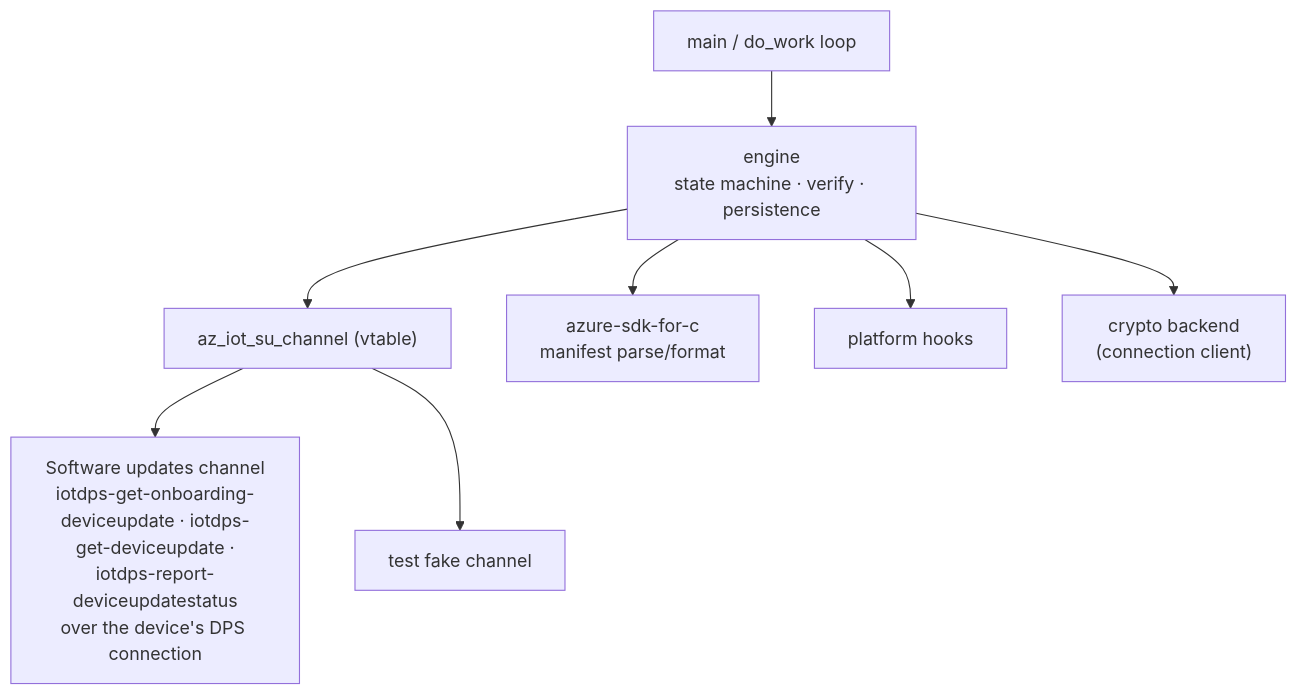
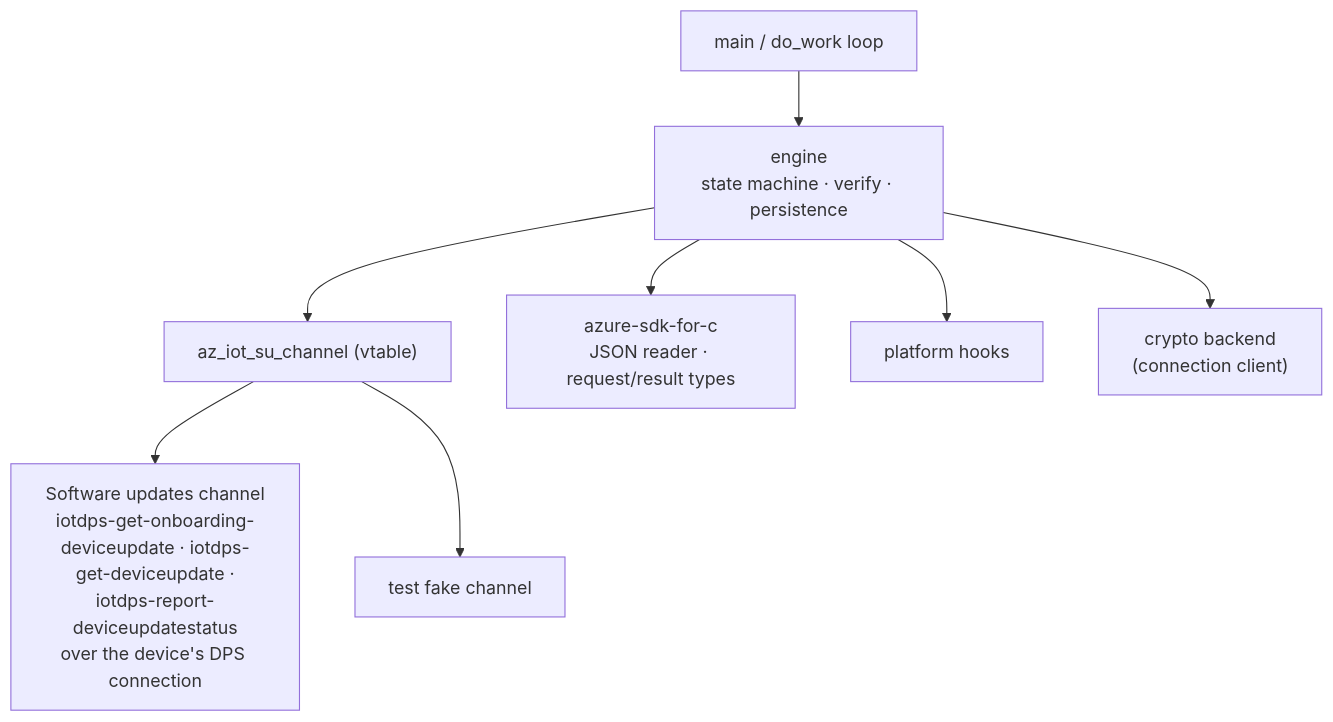
One commit to Azure/azure-iot-sdk changed the second of 7 diagrams in c/docs/eng/software-updates.md. Above: the diagram before and after it, drawn with Mermaid. The commit also changed other lines of this file and 13 other files, not shown here.

First line of the commit message:
[C] Software updates: parse the update manifest in the SDK (#634)

````diff
--- a/c/docs/eng/software-updates.md
+++ b/c/docs/eng/software-updates.md
@@ -233,10 +233,10 @@
 ```mermaid
 flowchart TB
     MAIN2["main / do_work loop"] --> CORE["engine<br/>state machine · verify · persistence"]
     CORE --> CH["az_iot_su_channel (vtable)"]
     CH --> V2["Software updates channel<br/>iotdps-get-onboarding-deviceupdate · iotdps-get-deviceupdate ·<br/>iotdps-report-deviceupdatestatus<br/>over the device's DPS connection"]
     CH --> FAKE["test fake channel"]
-    CORE --> AZ["azure-sdk-for-c<br/>manifest parse/format"]
+    CORE --> AZ["azure-sdk-for-c<br/>JSON reader · request/result types"]
     CORE --> HK["platform hooks"]
     CORE --> CR["crypto backend<br/>(connection client)"]
 ```
````
